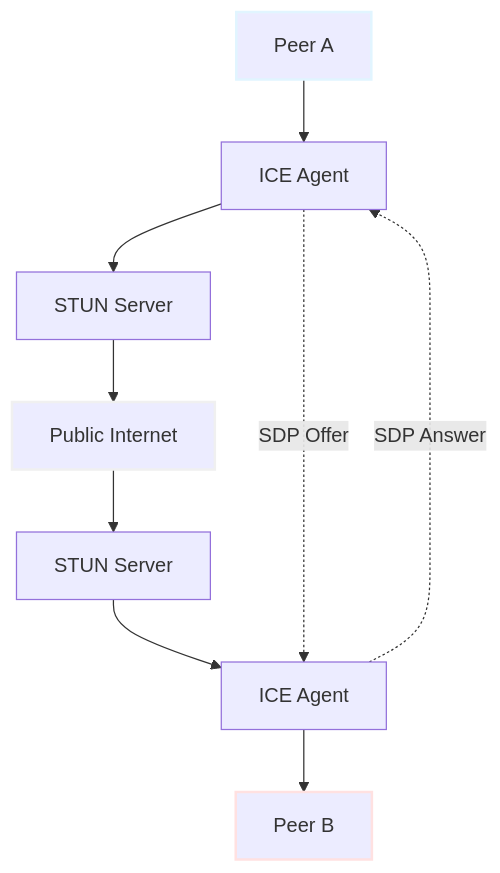
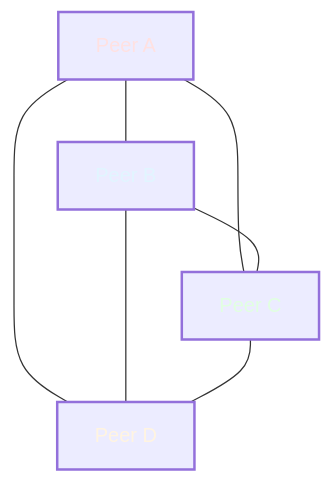
Before and after one commit to c0z0c/blog: the fifth of 7 diagrams in 검토/251106_Yocto_WebRTC.md, drawn with Mermaid. The commit also changed other lines of this file and 4 other files, not shown here.

````diff
--- a/검토/251106_Yocto_WebRTC.md
+++ b/검토/251106_Yocto_WebRTC.md
@@ -1074,16 +1183,14 @@
 ```mermaid
-graph TB
-    A["Peer A"] --> B["ICE Agent"]
-    B --> C["STUN Server"]
-    C --> D["Public Internet"]
-    D --> E["STUN Server"]
-    E --> F["ICE Agent"]
-    F --> G["Peer B"]
+graph TD
+    A["Peer A"] --- B["Peer B"]
+    A --- C["Peer C"]
+    A --- D["Peer D"]
+    B --- C
+    B --- D
+    C --- D
     
-    B -.SDP Offer.-> F
-    F -.SDP Answer.-> B
-    
-    style A stroke-width:2px,stroke:#e1f5ff
-    style G stroke-width:2px,stroke:#ffe1e1
-    style D stroke-width:2px,stroke:#f0f0f0
+    style A stroke-width:2px,color:#ffe1e1
+    style B stroke-width:2px,color:#e1f5ff
+    style C stroke-width:2px,color:#e1ffe1
+    style D stroke-width:2px,color:#fff4e1
 ```
````
